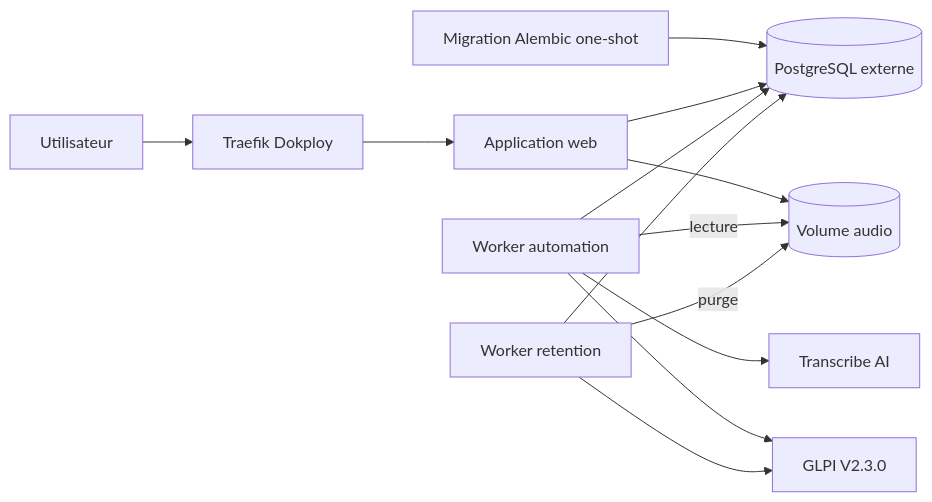
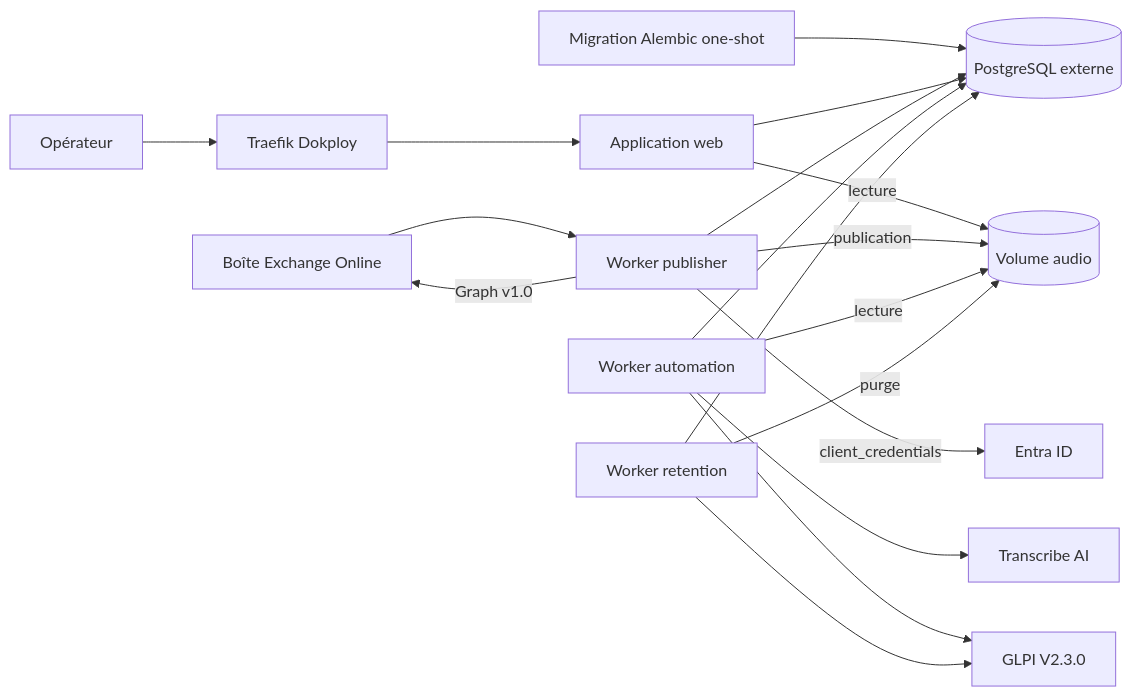
The first of 2 diagrams in README.md (dev-vauclaire/mevo2glpi), drawn with Mermaid before and after one commit. The commit also changed other lines of this file and 10 other files, not shown here.

````diff
--- a/README.md
+++ b/README.md
@@ -41,18 +45,24 @@
 ```mermaid
 flowchart LR
-    U[Utilisateur] --> T[Traefik Dokploy]
+    U[Opérateur] --> T[Traefik Dokploy]
     T --> W[Application web]
+
+    B[Boîte Exchange Online] --> WP[Worker publisher]
+    WP -->|client_credentials| E[Entra ID]
+    WP -->|Graph v1.0| B
 
     M[Migration Alembic one-shot] --> DB[(PostgreSQL externe)]
     W --> DB
-    W --> A[(Volume audio)]
+    W -->|lecture| A[(Volume audio)]
+    WP --> DB
+    WP -->|publication| A
 
     WA[Worker automation] --> DB
     WA -->|lecture| A
     WA --> TA[Transcribe AI]
     WA --> G[GLPI V2.3.0]
 
     WR[Worker retention] --> DB
     WR -->|purge| A
     WR --> G
 ```
````
